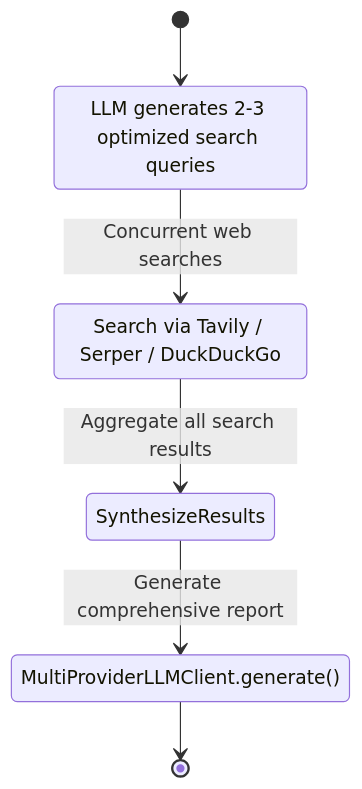
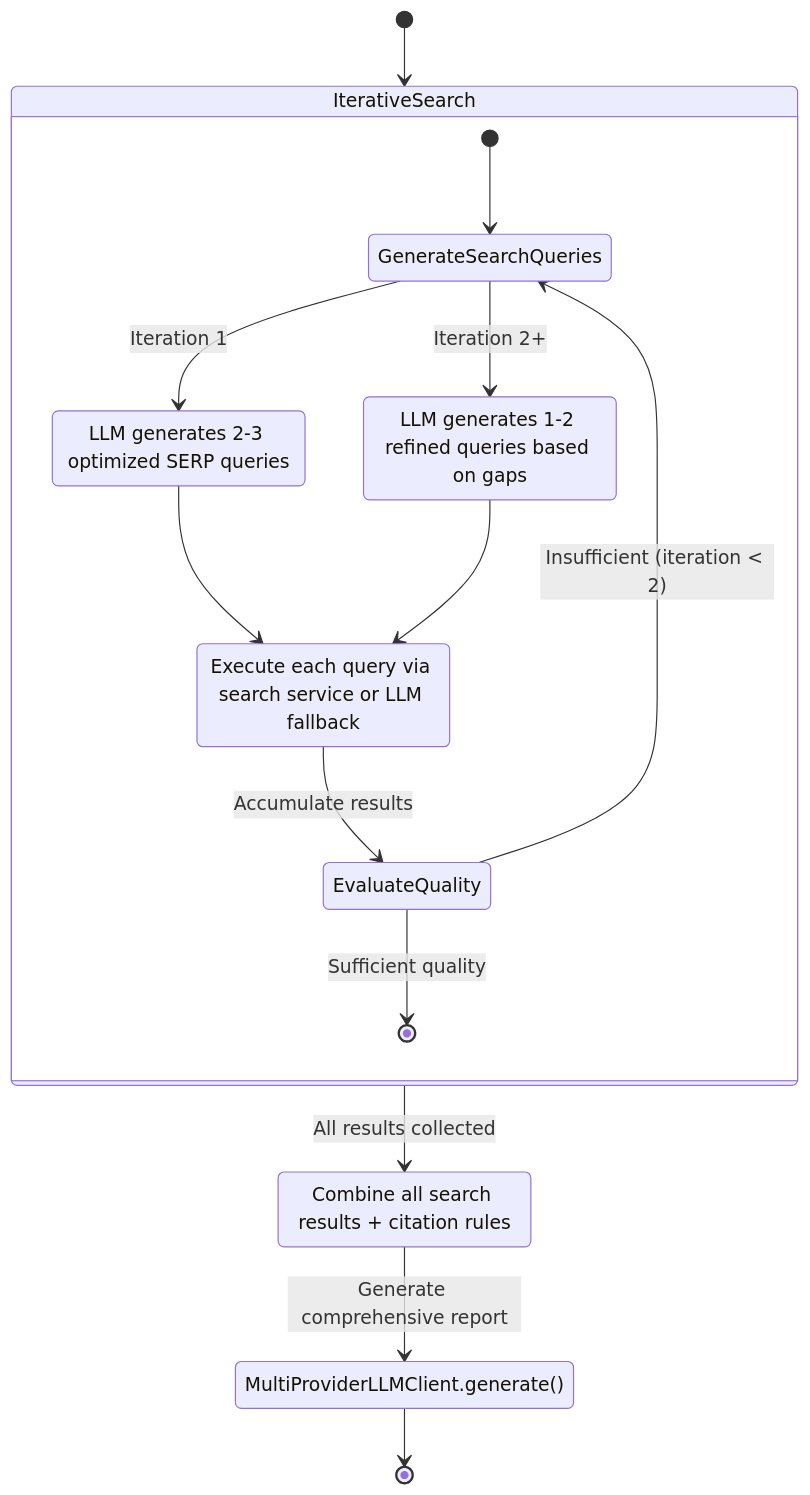
Before and after one commit to Zenobia000/openagent_backend: the fourth of 7 diagrams in Architecture_Refactoring_Toolkit/project_docs/11_processing_mode_state_machines.md, drawn with Mermaid. The commit also changed other lines of this file and 28 other files, not shown here.

````diff
--- a/Architecture_Refactoring_Toolkit/project_docs/11_processing_mode_state_machines.md
+++ b/Architecture_Refactoring_Toolkit/project_docs/11_processing_mode_state_machines.md
@@ -171,11 +191,31 @@
 ```mermaid
 stateDiagram-v2
-    [*] --> GenerateSearchQueries
-    GenerateSearchQueries: LLM generates 2-3 optimized search queries
-    GenerateSearchQueries --> ExecuteSearches: Concurrent web searches
-    ExecuteSearches: Search via Tavily / Serper / DuckDuckGo
-    ExecuteSearches --> SynthesizeResults: Aggregate all search results
+    [*] --> IterativeSearch
+
+    state IterativeSearch {
+        [*] --> GenerateSearchQueries
+
+        state GenerateSearchQueries <<choice>>
+        GenerateSearchQueries --> GenerateSERP: Iteration 1
+        GenerateSearchQueries --> RefineQueries: Iteration 2+
+
+        GenerateSERP: LLM generates 2-3 optimized SERP queries
+        RefineQueries: LLM generates 1-2 refined queries based on gaps
+
+        GenerateSERP --> ExecuteSearches
+        RefineQueries --> ExecuteSearches
+
+        ExecuteSearches: Execute each query via search service or LLM fallback
+        ExecuteSearches --> EvaluateQuality: Accumulate results
+
+        state EvaluateQuality <<choice>>
+        EvaluateQuality --> GenerateSearchQueries: Insufficient (iteration < 2)
+        EvaluateQuality --> [*]: Sufficient quality
+    }
+
+    IterativeSearch --> SynthesizeResults: All results collected
+    SynthesizeResults: Combine all search results + citation rules
     SynthesizeResults --> CallLLM: Generate comprehensive report
     CallLLM: MultiProviderLLMClient.generate()
     CallLLM --> [*]
 ```
````
